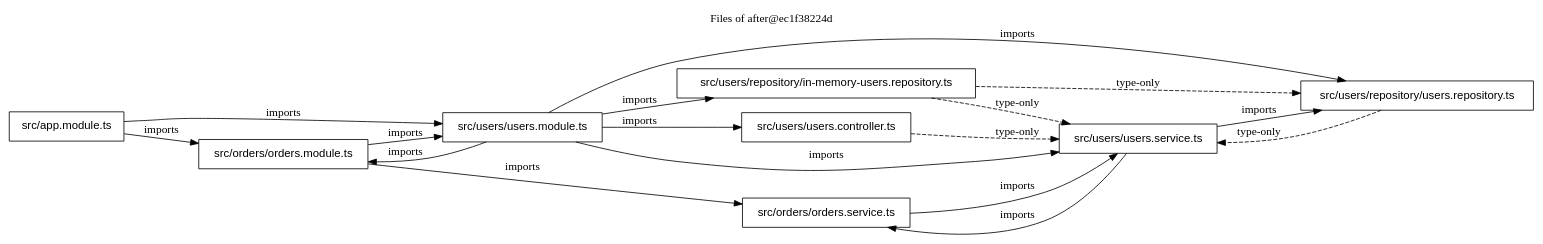
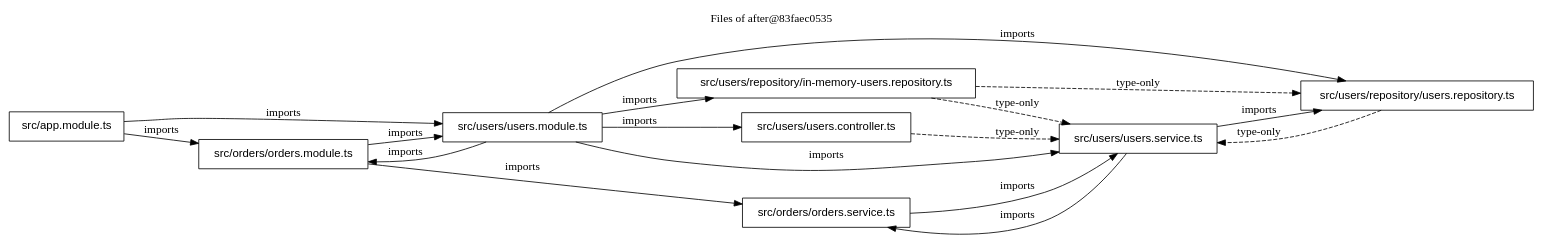
The diagram in examples/nest-shop/files-after.dot (FullFran/archsieve), drawn with Graphviz before and after one commit. The commit also changed 28 other files, not shown here.

```diff
--- a/examples/nest-shop/files-after.dot
+++ b/examples/nest-shop/files-after.dot
@@ -1,29 +1,29 @@
 digraph archsieve {
   rankdir=LR;
   node [shape=box, fontname="Helvetica"];
-  label="Files of after@ec1f38224d"; labelloc=t;
+  label="Files of after@83faec0535"; labelloc=t;
   "src/app.module.ts" [label="src/app.module.ts"];
   "src/orders/orders.module.ts" [label="src/orders/orders.module.ts"];
   "src/orders/orders.service.ts" [label="src/orders/orders.service.ts"];
   "src/users/repository/in-memory-users.repository.ts" [label="src/users/repository/in-memory-users.repository.ts"];
   "src/users/repository/users.repository.ts" [label="src/users/repository/users.repository.ts"];
   "src/users/users.controller.ts" [label="src/users/users.controller.ts"];
   "src/users/users.module.ts" [label="src/users/users.module.ts"];
   "src/users/users.service.ts" [label="src/users/users.service.ts"];
   "src/app.module.ts" -> "src/orders/orders.module.ts" [label="imports"];
   "src/app.module.ts" -> "src/users/users.module.ts" [label="imports"];
   "src/orders/orders.module.ts" -> "src/orders/orders.service.ts" [label="imports"];
   "src/orders/orders.module.ts" -> "src/users/users.module.ts" [label="imports"];
   "src/orders/orders.service.ts" -> "src/users/users.service.ts" [label="imports"];
   "src/users/repository/in-memory-users.repository.ts" -> "src/users/repository/users.repository.ts" [style=dashed, label="type-only"];
   "src/users/repository/in-memory-users.repository.ts" -> "src/users/users.service.ts" [style=dashed, label="type-only"];
   "src/users/repository/users.repository.ts" -> "src/users/users.service.ts" [style=dashed, label="type-only"];
   "src/users/users.controller.ts" -> "src/users/users.service.ts" [style=dashed, label="type-only"];
   "src/users/users.module.ts" -> "src/orders/orders.module.ts" [label="imports"];
   "src/users/users.module.ts" -> "src/users/repository/in-memory-users.repository.ts" [label="imports"];
   "src/users/users.module.ts" -> "src/users/repository/users.repository.ts" [label="imports"];
   "src/users/users.module.ts" -> "src/users/users.controller.ts" [label="imports"];
   "src/users/users.module.ts" -> "src/users/users.service.ts" [label="imports"];
   "src/users/users.service.ts" -> "src/orders/orders.service.ts" [label="imports"];
   "src/users/users.service.ts" -> "src/users/repository/users.repository.ts" [label="imports"];
 }
```
